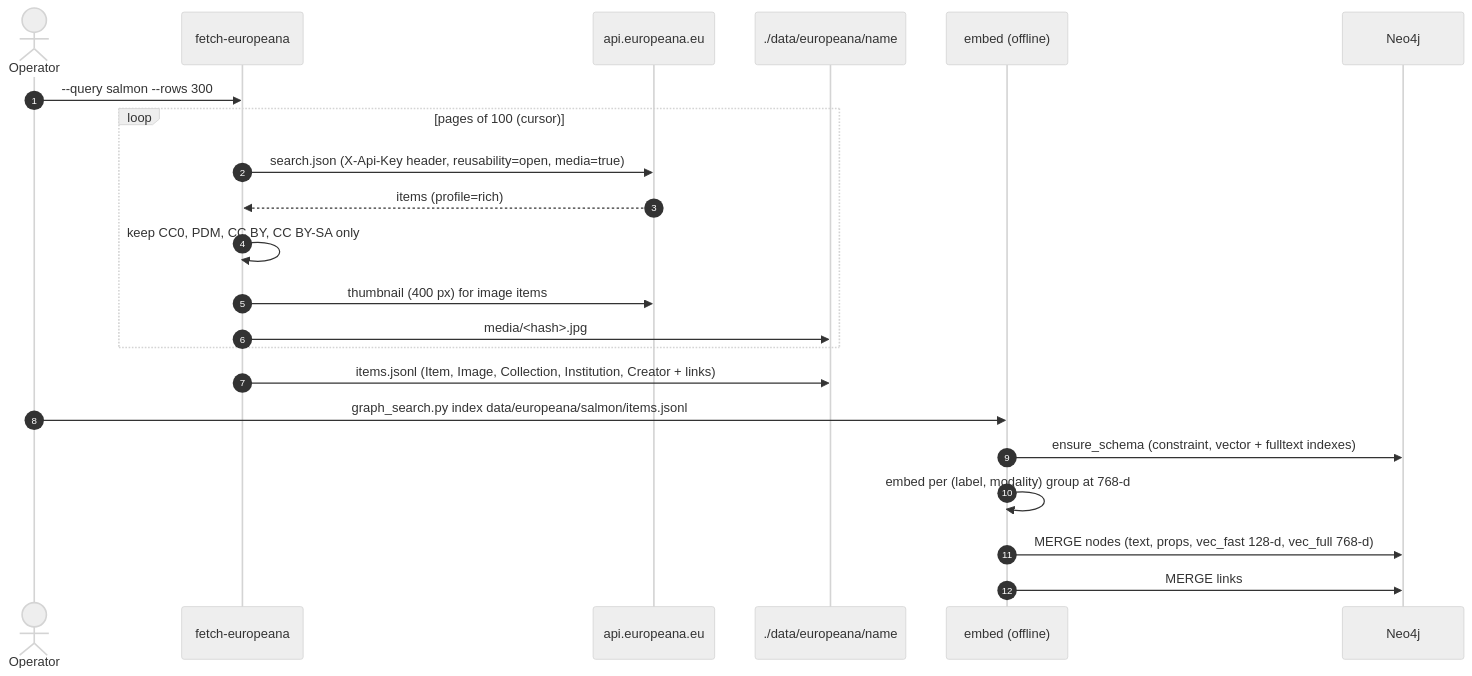
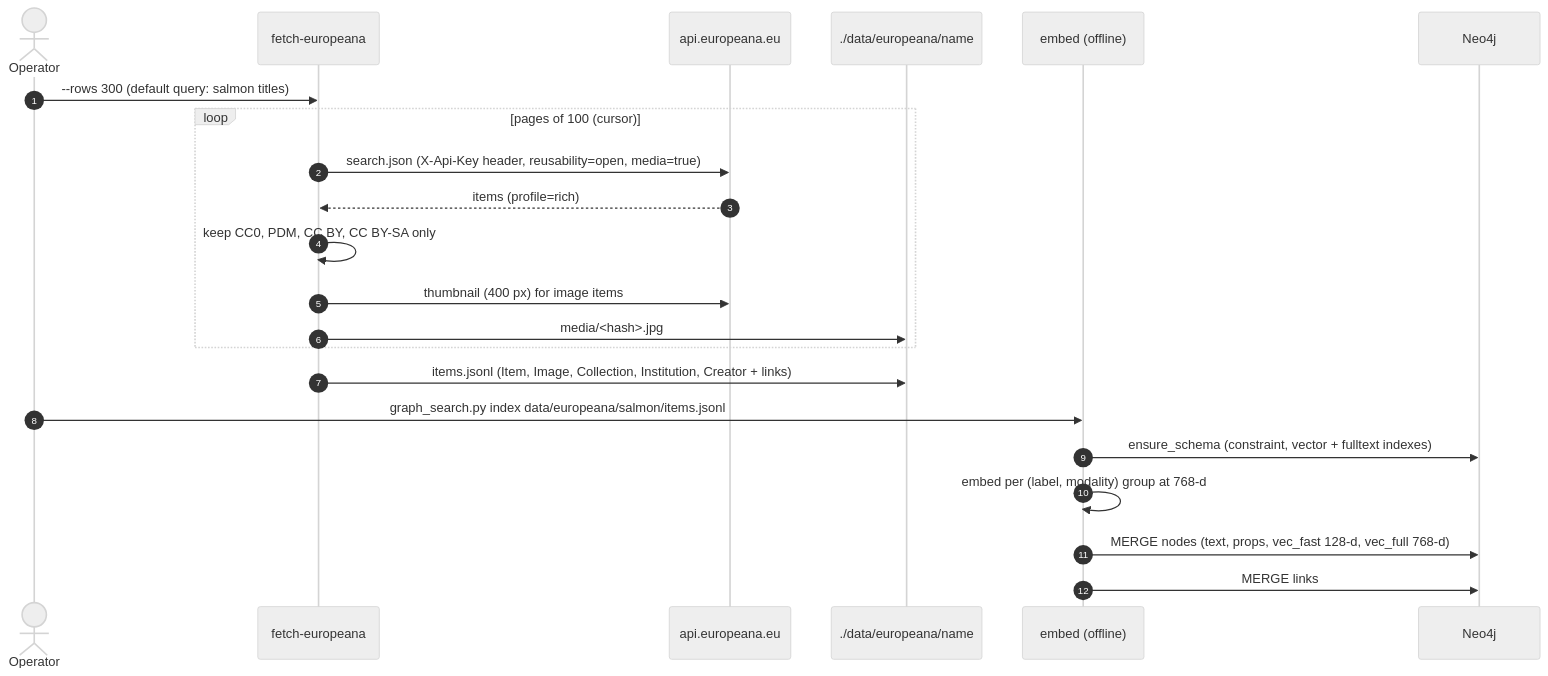
Before and after one commit to teamworxAI/campus-ai: the fourth of 6 diagrams in docs/architecture.md, drawn with Mermaid (neutral theme). The commit also changed 2 other files, not shown here.

Commit message:
Document the title-based Europeana query and measured indexing time
Claude-Session: https://claude.ai/code/session_011pDwrLJtoRT9pGzLDkr5wA

````diff
--- a/docs/architecture.md
+++ b/docs/architecture.md
@@ -166,25 +166,25 @@
 ```mermaid
 sequenceDiagram
     autonumber
     actor Op as Operator
     participant FE as fetch-europeana
     participant API as api.europeana.eu
     participant Disk as ./data/europeana/name
     participant EMB as embed (offline)
     participant NEO as Neo4j
 
-    Op->>FE: --query salmon --rows 300
+    Op->>FE: --rows 300 (default query: salmon titles)
     loop pages of 100 (cursor)
         FE->>API: search.json (X-Api-Key header, reusability=open, media=true)
         API-->>FE: items (profile=rich)
         FE->>FE: keep CC0, PDM, CC BY, CC BY-SA only
         FE->>API: thumbnail (400 px) for image items
         FE->>Disk: media/<hash>.jpg
     end
     FE->>Disk: items.jsonl (Item, Image, Collection, Institution, Creator + links)
     Op->>EMB: graph_search.py index data/europeana/salmon/items.jsonl
     EMB->>NEO: ensure_schema (constraint, vector + fulltext indexes)
     EMB->>EMB: embed per (label, modality) group at 768-d
     EMB->>NEO: MERGE nodes (text, props, vec_fast 128-d, vec_full 768-d)
     EMB->>NEO: MERGE links
 ```
````
